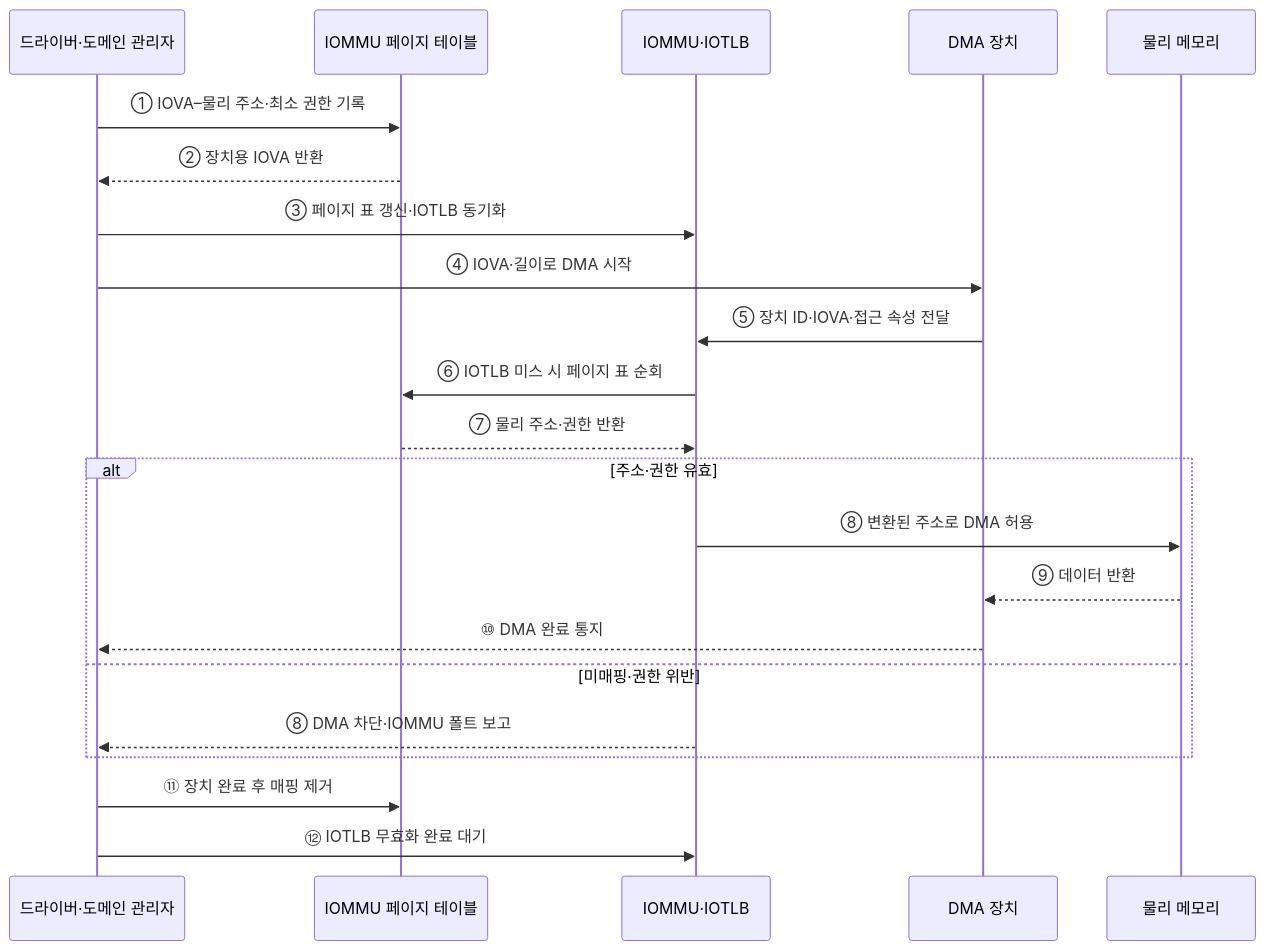
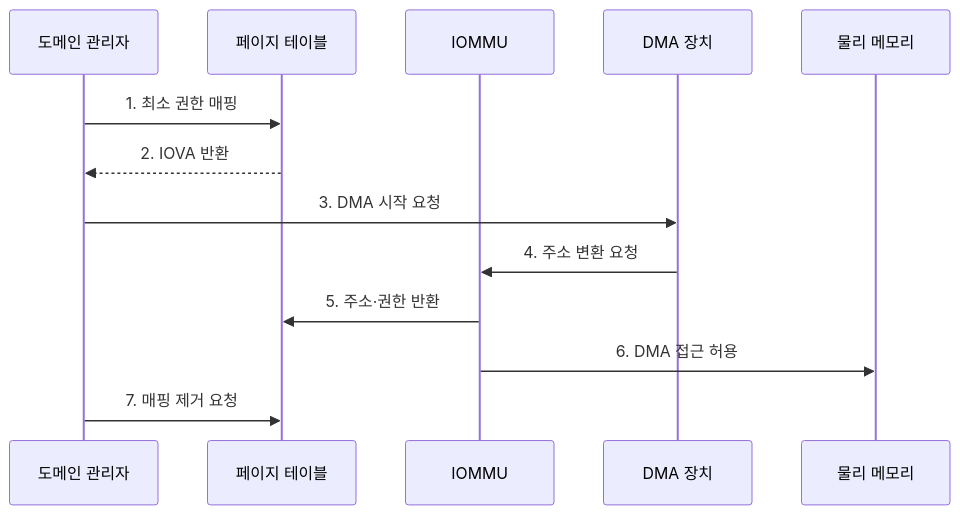
The second of 2 diagrams in src/content/docs/notes/02-hardware/086_iommu.md (agnusdei1207/knowledge-base), drawn with Mermaid before and after one commit. The commit also changed other lines of this file and 20 other files, not shown here.

````diff
--- a/src/content/docs/notes/02-hardware/086_iommu.md
+++ b/src/content/docs/notes/02-hardware/086_iommu.md
@@ -79,25 +82,15 @@
 ```mermaid
 sequenceDiagram
-    participant R as 드라이버·도메인 관리자
-    participant T as IOMMU 페이지 테이블
-    participant I as IOMMU·IOTLB
+    participant R as 도메인 관리자
+    participant T as 페이지 테이블
+    participant I as IOMMU
     participant D as DMA 장치
     participant M as 물리 메모리
-
-    R->>T: ① IOVA–물리 주소·최소 권한 기록
-    T-->>R: ② 장치용 IOVA 반환
-    R->>I: ③ 페이지 표 갱신·IOTLB 동기화
-    R->>D: ④ IOVA·길이로 DMA 시작
-    D->>I: ⑤ 장치 ID·IOVA·접근 속성 전달
-    I->>T: ⑥ IOTLB 미스 시 페이지 표 순회
-    T-->>I: ⑦ 물리 주소·권한 반환
-    alt 주소·권한 유효
-        I->>M: ⑧ 변환된 주소로 DMA 허용
-        M-->>D: ⑨ 데이터 반환
-        D-->>R: ⑩ DMA 완료 통지
-    else 미매핑·권한 위반
-        I-->>R: ⑧ DMA 차단·IOMMU 폴트 보고
-    end
-    R->>T: ⑪ 장치 완료 후 매핑 제거
-    R->>I: ⑫ IOTLB 무효화 완료 대기
+    R->>T: 1. 최소 권한 매핑
+    T-->>R: 2. IOVA 반환
+    R->>D: 3. DMA 시작 요청
+    D->>I: 4. 주소 변환 요청
+    I->>T: 5. 주소·권한 반환
+    I->>M: 6. DMA 접근 허용
+    R->>T: 7. 매핑 제거 요청
 ```
````
